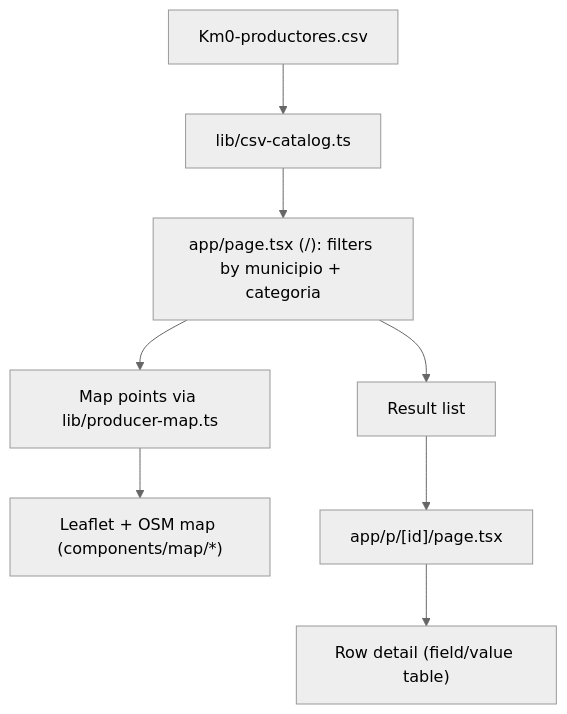
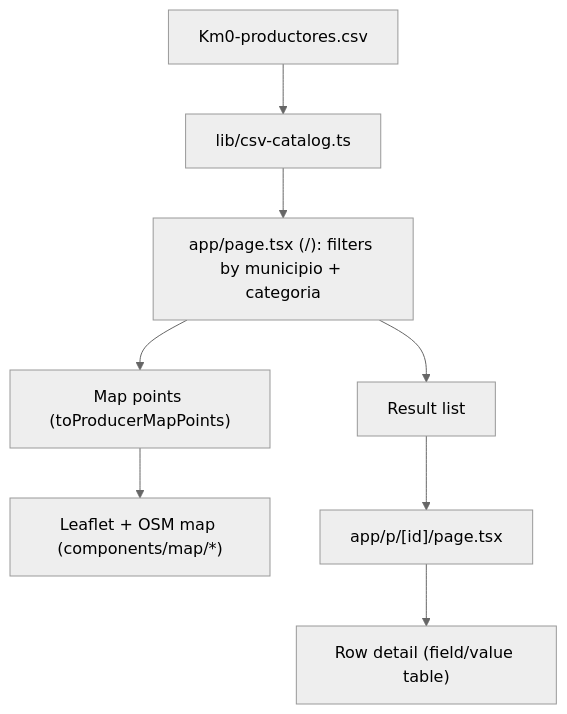
One commit to Lyzanor/chisan changed the diagram in docs/ARCHITECTURE.md. Above: the diagram before and after it, drawn with Mermaid (neutral theme). The commit also changed other lines of this file and 8 other files, not shown here.

````diff
--- a/docs/ARCHITECTURE.md
+++ b/docs/ARCHITECTURE.md
@@ -7,10 +7,10 @@
 ```mermaid
 flowchart TD
   A["Km0-productores.csv"] --> B["lib/csv-catalog.ts"]
   B --> C["app/page.tsx (/): filters by municipio + categoria"]
   C --> D["Result list"]
-  C --> E["Map points via lib/producer-map.ts"]
+  C --> E["Map points (toProducerMapPoints)"]
   E --> F["Leaflet + OSM map (components/map/*)"]
   D --> G["app/p/[id]/page.tsx"]
   G --> H["Row detail (field/value table)"]
 ```
````
